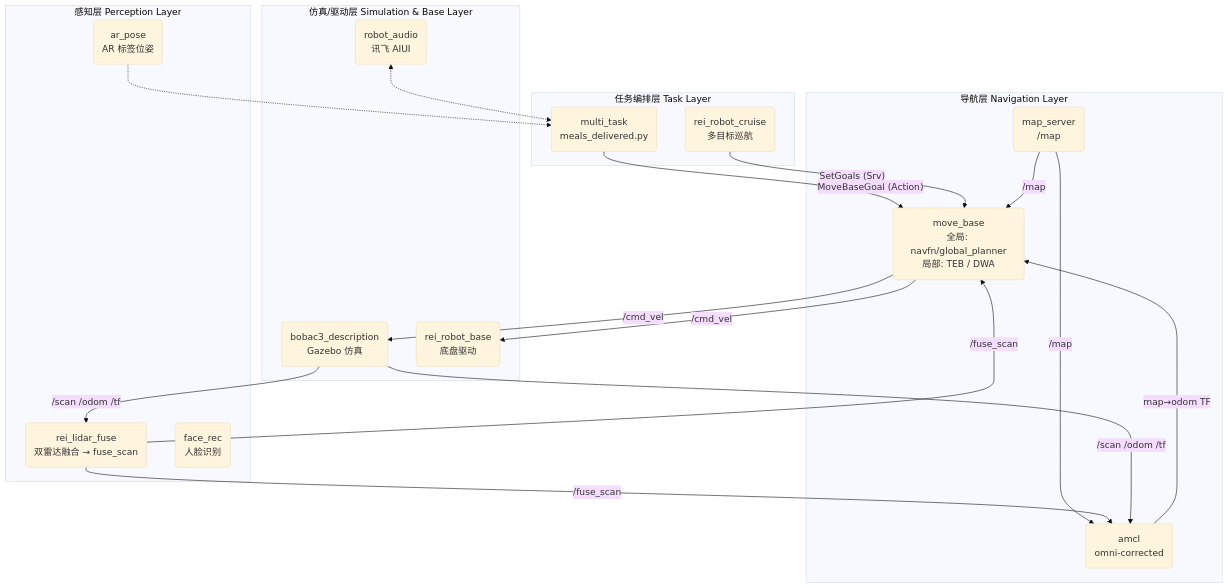
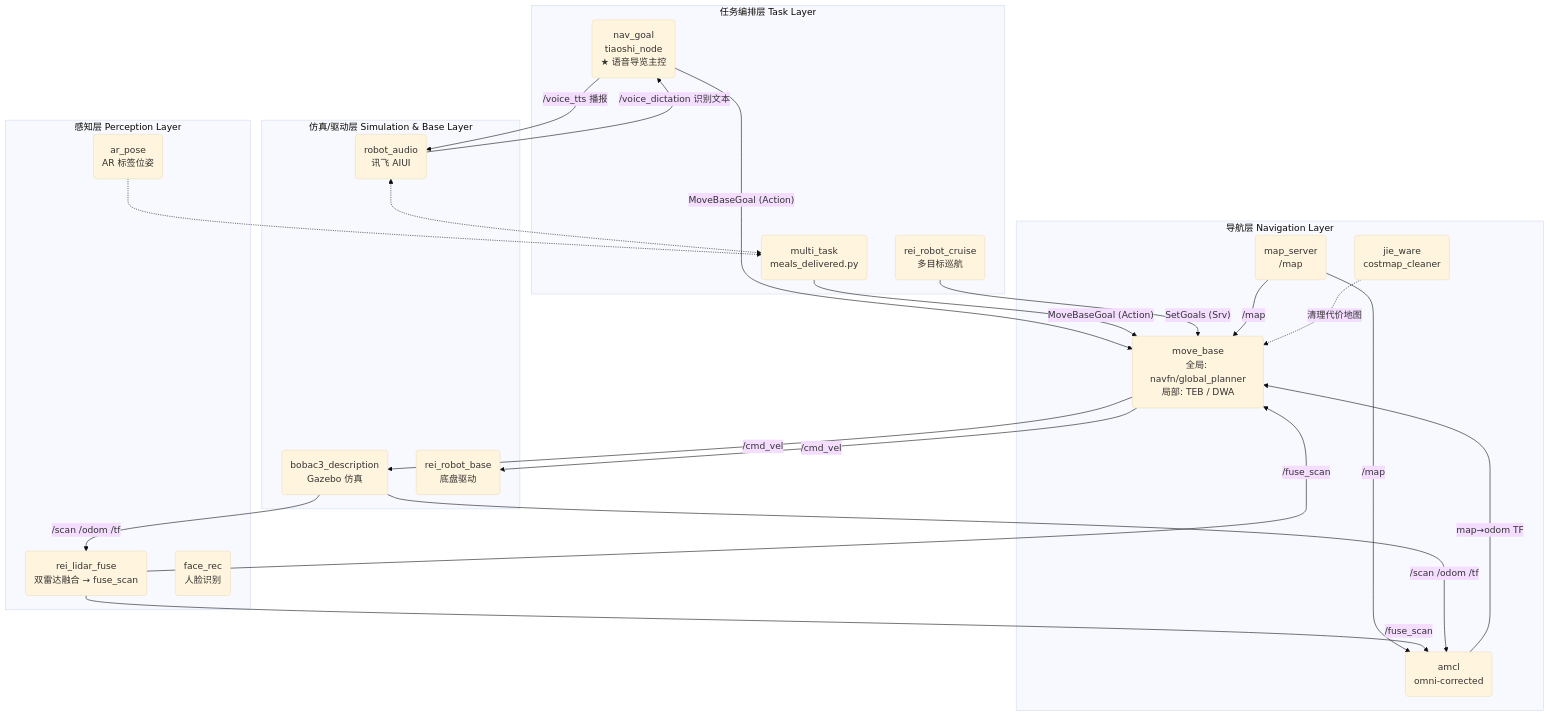
One commit to kang-jia-ning/reinovo_Melodic changed the diagram in README.md. Above: the diagram before and after it, drawn with Mermaid (base theme). The commit also changed other lines of this file and 1 other file, not shown here.

````diff
--- a/README.md
+++ b/README.md
@@ -49,39 +55,45 @@
 ```mermaid
 graph TD
     subgraph "任务编排层 Task Layer"
+        NavGoal("nav_goal<br/>tiaoshi_node<br/>★ 语音导览主控")
         MultiTask("multi_task<br/>meals_delivered.py")
         Cruise("rei_robot_cruise<br/>多目标巡航")
     end
 
     subgraph "导航层 Navigation Layer"
         MoveBase("move_base<br/>全局: navfn/global_planner<br/>局部: TEB / DWA")
         AMCL("amcl<br/>omni-corrected")
         MapServer("map_server<br/>/map")
+        Cleaner("jie_ware<br/>costmap_cleaner")
     end
 
     subgraph "感知层 Perception Layer"
         LidarFuse("rei_lidar_fuse<br/>双雷达融合 → fuse_scan")
         ArPose("ar_pose<br/>AR 标签位姿")
         FaceRec("face_rec<br/>人脸识别")
     end
 
     subgraph "仿真/驱动层 Simulation & Base Layer"
         Gazebo("bobac3_description<br/>Gazebo 仿真")
         RobotBase("rei_robot_base<br/>底盘驱动")
         Audio("robot_audio<br/>讯飞 AIUI")
     end
 
+    NavGoal -- "MoveBaseGoal (Action)" --> MoveBase
     MultiTask -- "MoveBaseGoal (Action)" --> MoveBase
     Cruise -- "SetGoals (Srv)" --> MoveBase
     MapServer -- "/map" --> AMCL
     MapServer -- "/map" --> MoveBase
     AMCL -- "map→odom TF" --> MoveBase
     LidarFuse -- "/fuse_scan" --> AMCL
     LidarFuse -- "/fuse_scan" --> MoveBase
     Gazebo -- "/scan /odom /tf" --> LidarFuse
     Gazebo -- "/scan /odom /tf" --> AMCL
     MoveBase -- "/cmd_vel" --> RobotBase
     MoveBase -- "/cmd_vel" --> Gazebo
+    Cleaner -. "清理代价地图" .-> MoveBase
+    Audio -- "/voice_dictation 识别文本" --> NavGoal
+    NavGoal -- "/voice_tts 播报" --> Audio
     Audio <-.-> MultiTask
     ArPose -.-> MultiTask
 ```
````
